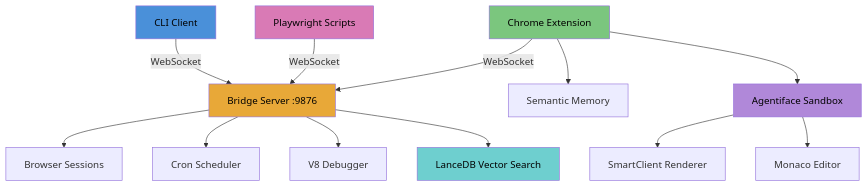
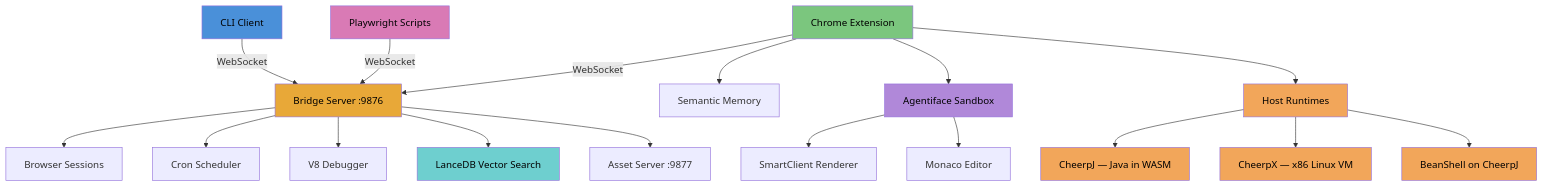
The diagram in README.md (bigale/agentidev), drawn with Mermaid before and after one commit. The commit also changed other lines of this file, not shown here.

First line of the commit message:
README: document host capabilities and the three runtimes (#7)

````diff
--- a/README.md
+++ b/README.md
@@ -13,21 +13,30 @@
 ```mermaid
 graph TD
     style CLI fill:#4A90D9,color:black
     style Bridge fill:#E8A838,color:black
     style Ext fill:#7BC67E,color:black
     style PW fill:#D97AB5,color:black
     style SC fill:#B088D9,color:black
     style Vec fill:#6ECFCF,color:black
+    style Runtimes fill:#F2A65A,color:black
+    style CheerpJ fill:#F2A65A,color:black
+    style CheerpX fill:#F2A65A,color:black
+    style Bsh fill:#F2A65A,color:black
 
     CLI[CLI Client] -->|WebSocket| Bridge[Bridge Server :9876]
     Ext[Chrome Extension] -->|WebSocket| Bridge
     PW[Playwright Scripts] -->|WebSocket| Bridge
     Bridge --> Sessions[Browser Sessions]
     Bridge --> Sched[Cron Scheduler]
     Bridge --> Debug[V8 Debugger]
     Bridge --> Vec[LanceDB Vector Search]
+    Bridge --> Assets[Asset Server :9877]
     Ext --> SM[Semantic Memory]
     Ext --> SC[Agentiface Sandbox]
+    Ext --> Runtimes[Host Runtimes]
+    Runtimes --> CheerpJ[CheerpJ — Java in WASM]
+    Runtimes --> CheerpX[CheerpX — x86 Linux VM]
+    Runtimes --> Bsh[BeanShell on CheerpJ]
     SC --> Renderer[SmartClient Renderer]
     SC --> Monaco[Monaco Editor]
 ```
````
